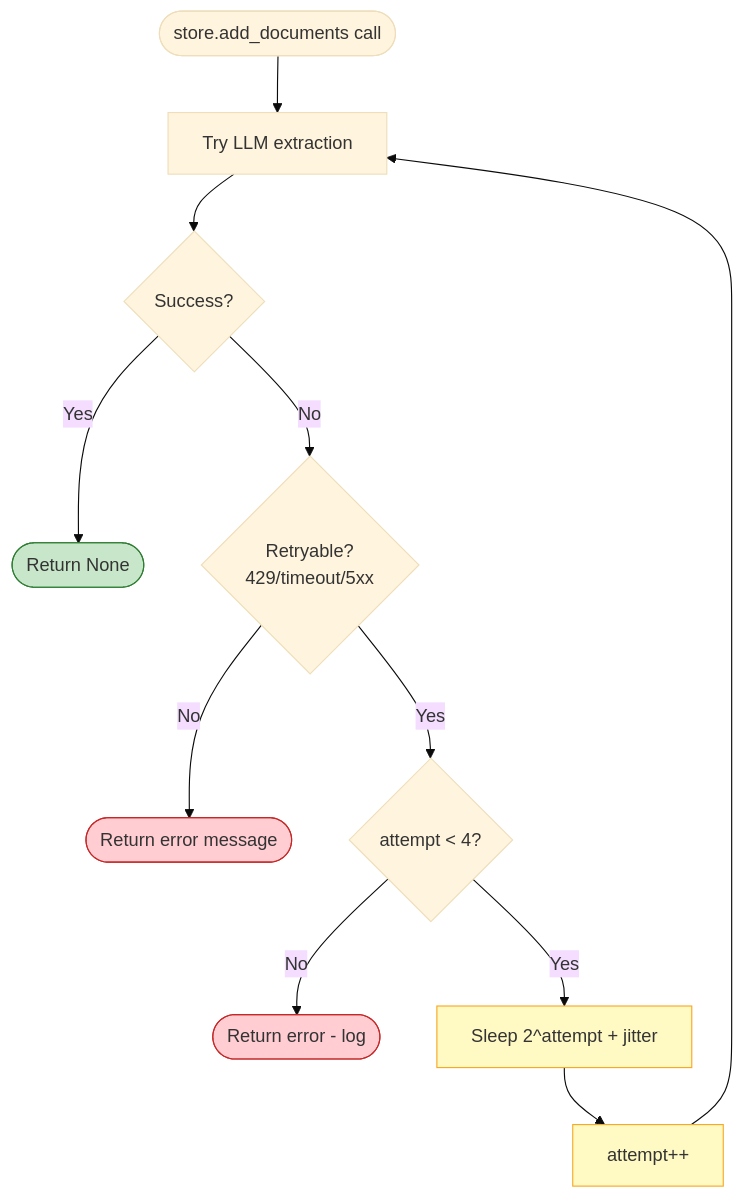
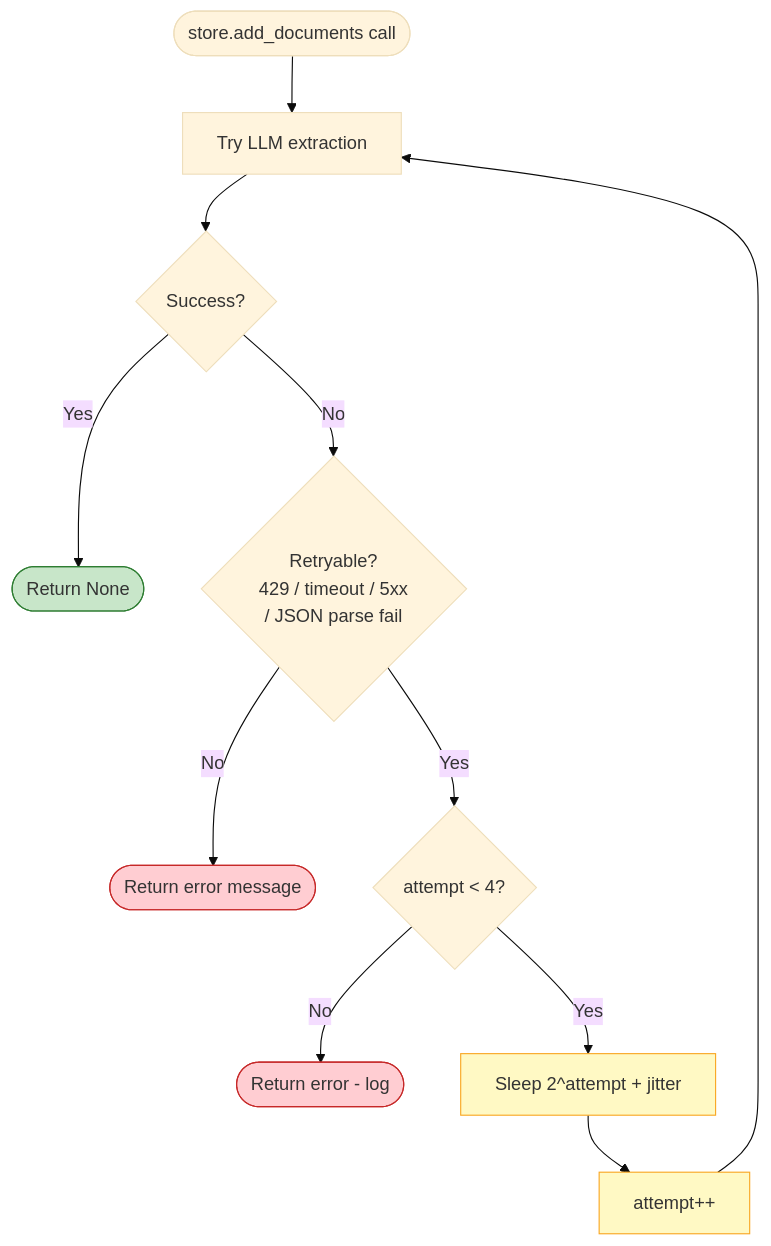
The seventh of 14 diagrams in docs/diagrams.md (camping89/graphrag-demo), drawn with Mermaid (base theme) before and after one commit. The commit also changed other lines of this file and 10 other files, not shown here.

First line of the commit message:
docs: sync với codebase hiện tại (2-model split, entity normalizer, auto-flow)

````diff
--- a/docs/diagrams.md
+++ b/docs/diagrams.md
@@ -314,21 +333,21 @@
 ```mermaid
 flowchart TD
     Start([store.add_documents call]) --> Try[Try LLM extraction]
     Try --> Success{Success?}
     Success -->|Yes| Done([Return None])
-    Success -->|No| Check{Retryable?<br/>429/timeout/5xx}
+    Success -->|No| Check{Retryable?<br/>429 / timeout / 5xx<br/>/ JSON parse fail}
     Check -->|No| FailFast([Return error message])
     Check -->|Yes| MaxRetry{attempt < 4?}
     MaxRetry -->|No| Exhausted([Return error - log])
     MaxRetry -->|Yes| Backoff[Sleep 2^attempt + jitter]
     Backoff --> Inc[attempt++]
     Inc --> Try
 
     classDef success fill:#c8e6c9,stroke:#2e7d32
     classDef fail fill:#ffcdd2,stroke:#c62828
     classDef retry fill:#fff9c4,stroke:#f9a825
 
     class Done success
     class FailFast,Exhausted fail
     class Backoff,Inc retry
 ```
````
